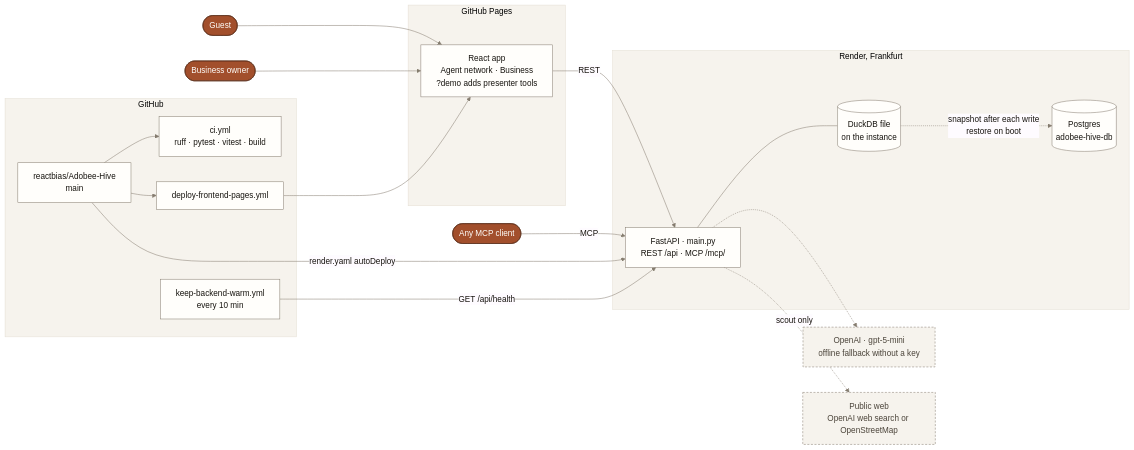
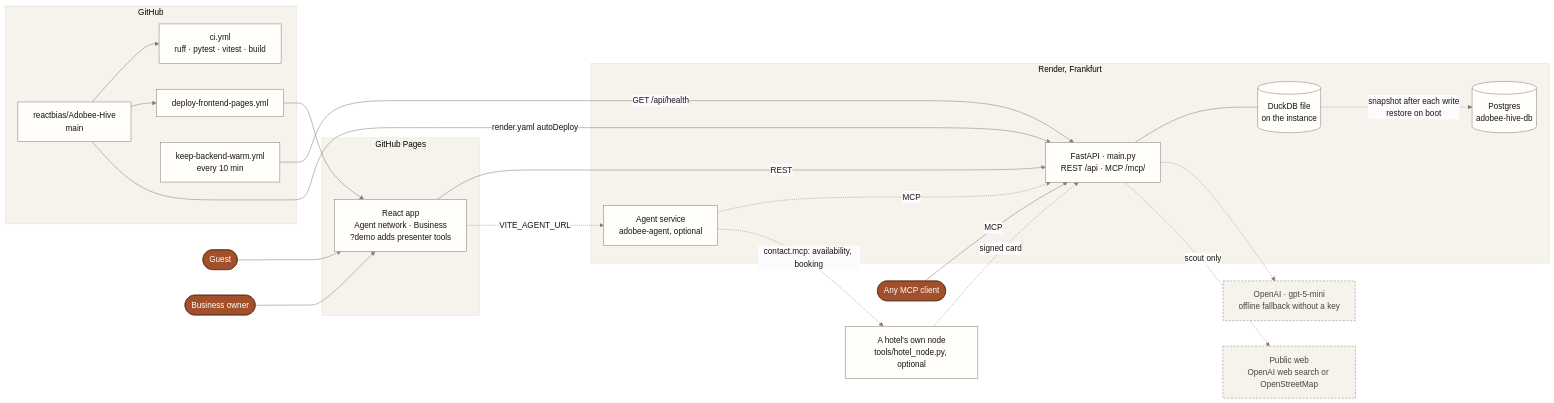
Before and after one commit to reactbias/Adobee-Hive: the first of 9 diagrams in documentation/DIAGRAMS.md, drawn with Mermaid. The commit also changed other lines of this file and 23 other files, not shown here.

First line of the commit message:
feat(agent): the agent and a hotel can each run as their own node

````diff
--- a/documentation/DIAGRAMS.md
+++ b/documentation/DIAGRAMS.md
@@ -20,44 +20,51 @@
 ```mermaid
 %%{init: {"theme": "base", "themeVariables": {"primaryColor": "#fffefb", "primaryBorderColor": "#857c6f", "primaryTextColor": "#17140f", "lineColor": "#857c6f", "clusterBkg": "#f6f3ed", "clusterBorder": "#e4ded3", "noteBkgColor": "#f6f3ed", "noteBorderColor": "#e4ded3", "actorBkg": "#fffefb", "actorBorder": "#857c6f", "signalColor": "#4b443a", "signalTextColor": "#17140f", "fontFamily": "Helvetica, Arial, sans-serif"}}}%%
 flowchart LR
   classDef person fill:#a24f2c,stroke:#5a2e1a,color:#fffefb
   classDef host fill:#fffefb,stroke:#857c6f,color:#17140f
   classDef model fill:#f6f3ed,stroke:#857c6f,color:#4b443a,stroke-dasharray:4 3
 
   G([Guest]):::person
   O([Business owner]):::person
   X([Any MCP client]):::person
 
   subgraph GH["GitHub"]
     REPO[reactbias/Adobee-Hive<br/>main]:::host
     CI[ci.yml<br/>ruff · pytest · vitest · build]:::host
     PAGES[deploy-frontend-pages.yml]:::host
     WARM[keep-backend-warm.yml<br/>every 10 min]:::host
   end
 
   subgraph WEB["GitHub Pages"]
     UI[React app<br/>Agent network · Business<br/>?demo adds presenter tools]:::host
   end
 
   subgraph RENDER["Render, Frankfurt"]
     API[FastAPI · main.py<br/>REST /api · MCP /mcp/]:::host
     DUCK[(DuckDB file<br/>on the instance)]:::host
     PG[(Postgres<br/>adobee-hive-db)]:::host
+    AGT[Agent service<br/>adobee-agent, optional]:::host
   end
+
+  NODE[A hotel's own node<br/>tools/hotel_node.py, optional]:::host
 
   LLM[OpenAI · gpt-5-mini<br/>offline fallback without a key]:::model
   NET[Public web<br/>OpenAI web search or OpenStreetMap]:::model
 
   G --> UI
   O --> UI
   UI -->|REST| API
+  UI -.->|VITE_AGENT_URL| AGT
+  AGT -.->|MCP| API
+  AGT -.->|contact.mcp: availability, booking| NODE
+  NODE -.->|signed card| API
   X -->|MCP| API
   API --- DUCK
   DUCK -.->|snapshot after each write<br/>restore on boot| PG
   API -.-> LLM
   API -.->|scout only| NET
   REPO --> CI
   REPO --> PAGES --> UI
   REPO -->|render.yaml autoDeploy| API
   WARM -->|GET /api/health| API
 ```
````
